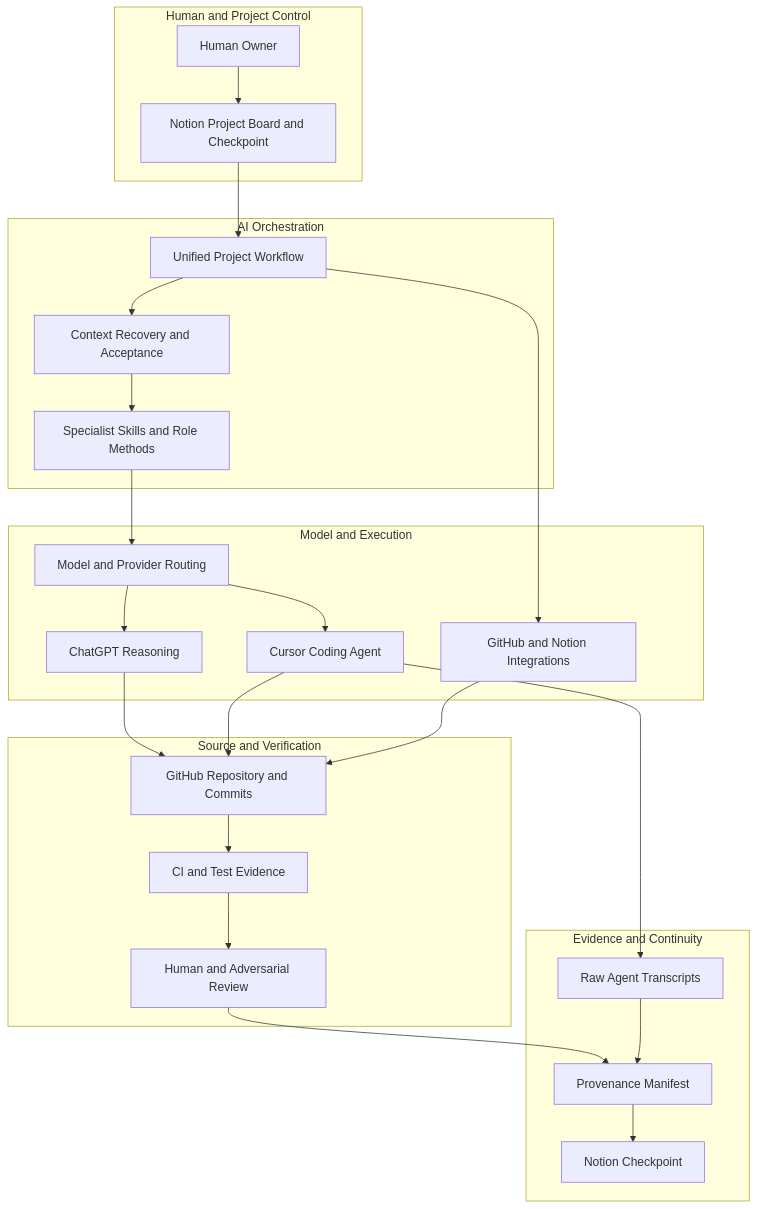
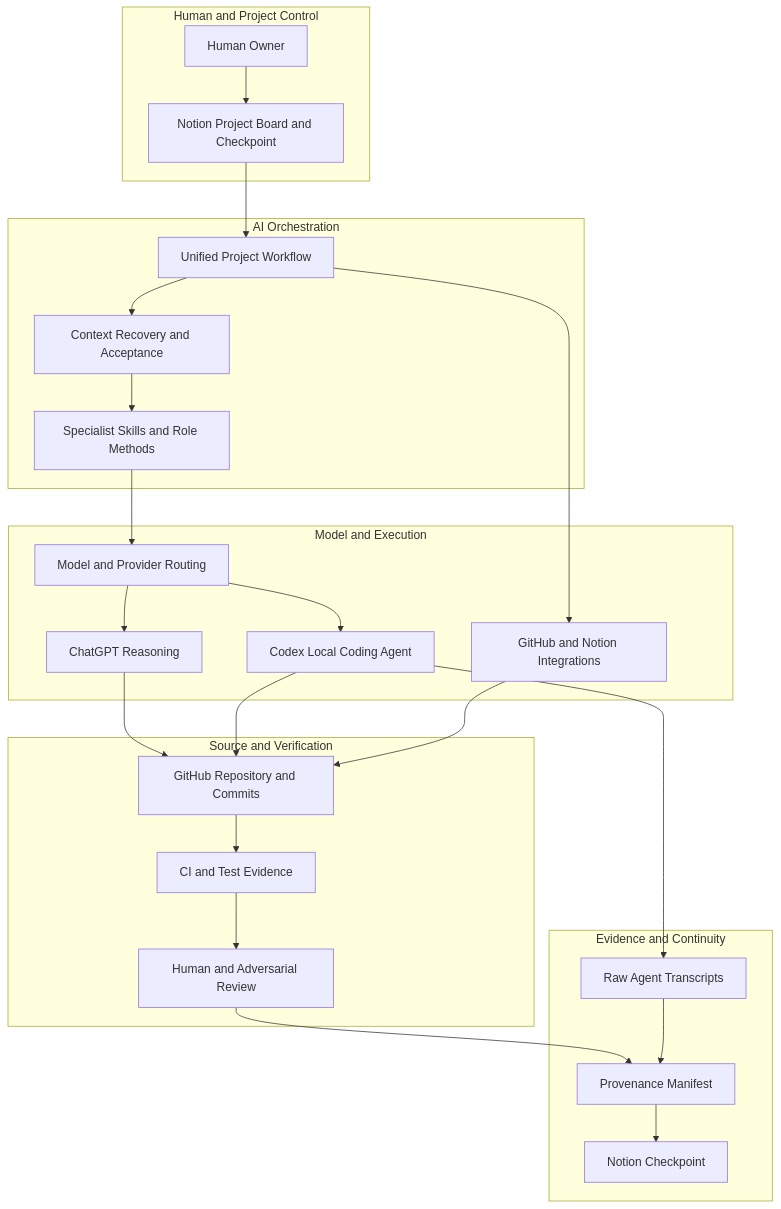
Before and after one commit to leminhphap26071995/ai-engineering-devsecops-takehome: the diagram in 00-ai-engineering-workflow/diagrams/personal-ai-system.mmd, drawn with Mermaid. The commit also changed 8 other files, not shown here.

```diff
--- a/00-ai-engineering-workflow/diagrams/personal-ai-system.mmd
+++ b/00-ai-engineering-workflow/diagrams/personal-ai-system.mmd
@@ -1,37 +1,37 @@
 flowchart TB
  subgraph CONTROL[Human and Project Control]
   H[Human Owner]
   N[Notion Project Board and Checkpoint]
  end
  subgraph ORCH[AI Orchestration]
   U[Unified Project Workflow]
   S[Specialist Skills and Role Methods]
   C[Context Recovery and Acceptance]
  end
  subgraph EXEC[Model and Execution]
   M[Model and Provider Routing]
   G[ChatGPT Reasoning]
-  A[Cursor Coding Agent]
+  A[Codex Local Coding Agent]
   I[GitHub and Notion Integrations]
  end
  subgraph VERIFY[Source and Verification]
   R[GitHub Repository and Commits]
   CI[CI and Test Evidence]
   V[Human and Adversarial Review]
  end
  subgraph EVIDENCE[Evidence and Continuity]
   T[Raw Agent Transcripts]
   E[Provenance Manifest]
   CP[Notion Checkpoint]
  end
  H --> N --> U --> C --> S
  S --> M
  M --> G
  M --> A
  U --> I
  G --> R
  A --> R
  I --> R
  R --> CI --> V --> E
  A --> T --> E
  E --> CP
```
